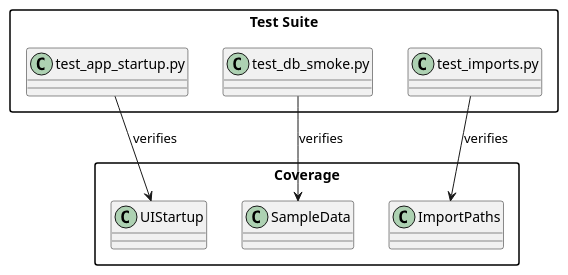
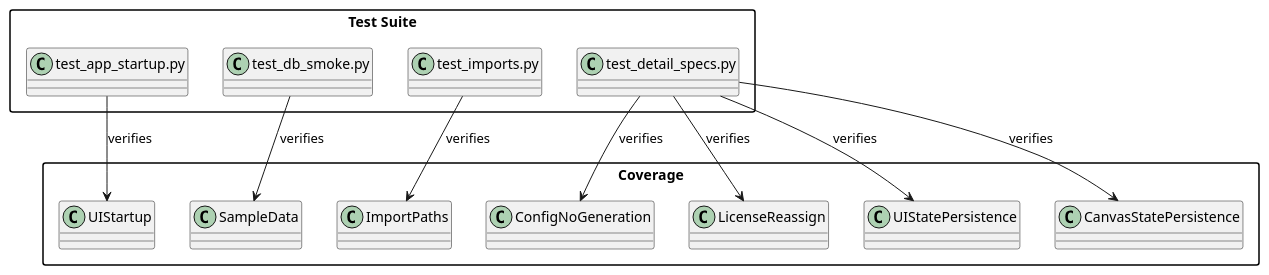
The diagram in docs/test_design.puml (satoshuhei/desctop-asset-manager), drawn with PlantUML before and after one commit. The commit also changed 17 other files, not shown here.

```diff
--- a/docs/test_design.puml
+++ b/docs/test_design.puml
@@ -1,20 +1,29 @@
 @startuml
 skinparam packageStyle rectangle
 skinparam shadowing false
 
 package "Test Suite" {
   class TestAppStartup as "test_app_startup.py"
   class TestDbSmoke as "test_db_smoke.py"
   class TestImports as "test_imports.py"
+  class TestDetailSpecs as "test_detail_specs.py"
 }
 
 package "Coverage" {
   class UIStartup
   class SampleData
   class ImportPaths
+  class ConfigNoGeneration
+  class LicenseReassign
+  class UIStatePersistence
+  class CanvasStatePersistence
 }
 
 TestAppStartup --> UIStartup : verifies
 TestDbSmoke --> SampleData : verifies
 TestImports --> ImportPaths : verifies
+TestDetailSpecs --> ConfigNoGeneration : verifies
+TestDetailSpecs --> LicenseReassign : verifies
+TestDetailSpecs --> UIStatePersistence : verifies
+TestDetailSpecs --> CanvasStatePersistence : verifies
 @enduml
```
